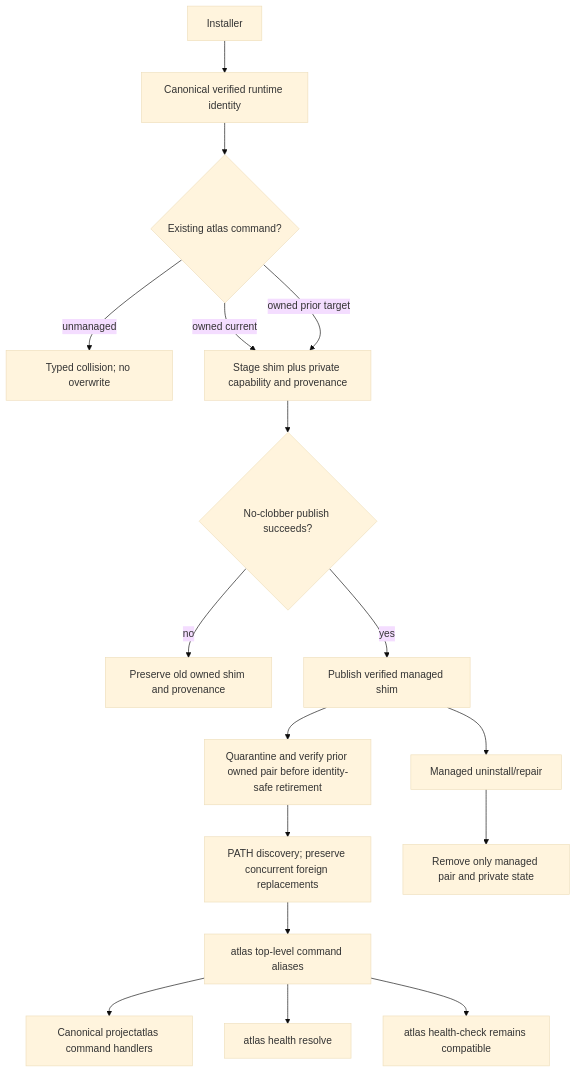
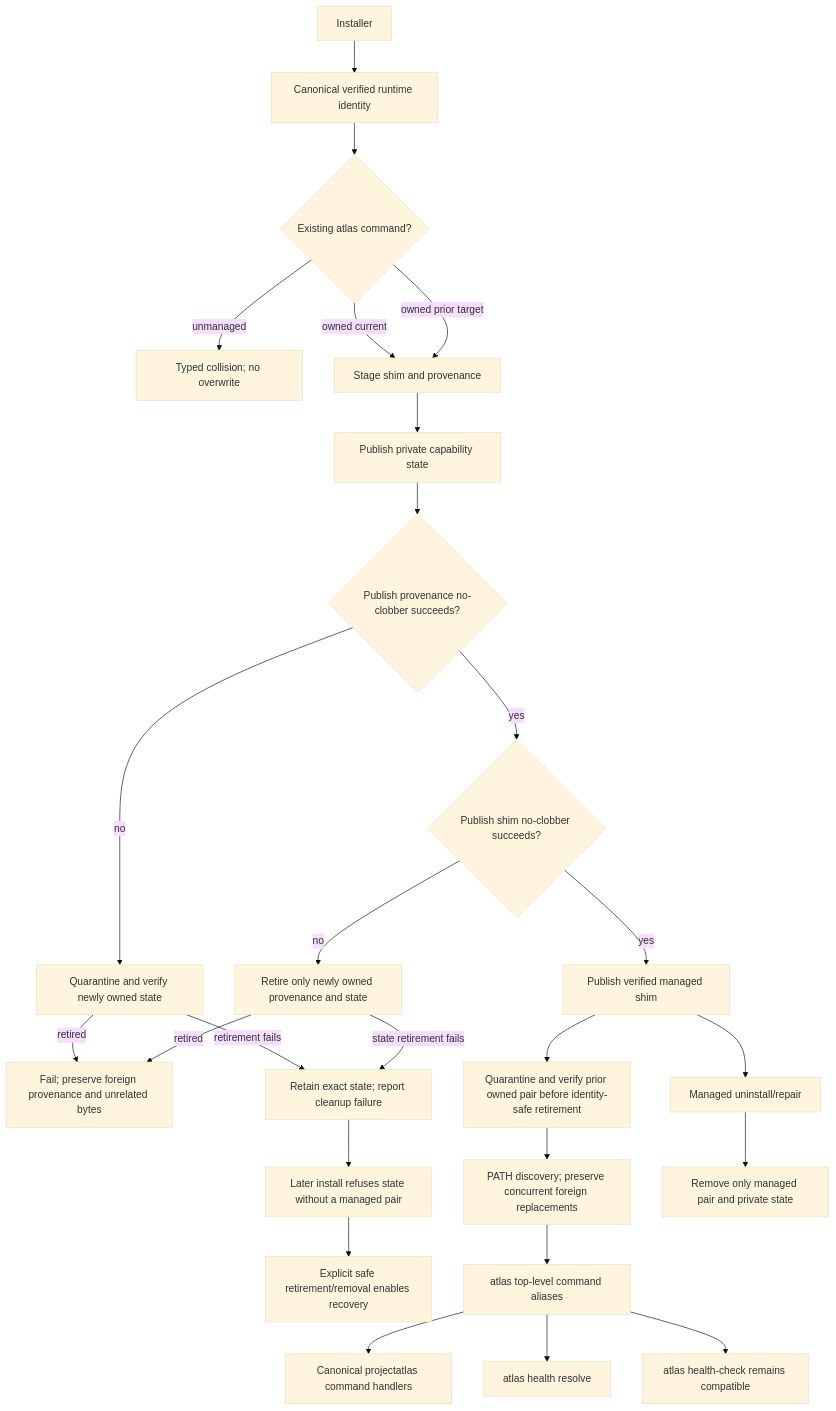
One commit to styler-ai/ProjectAtlas changed diagram 27 of 28 in docs/v050-release-architecture.md. Above: the diagram before and after it, drawn with Mermaid (base theme). The commit also changed 3 other files, not shown here.

Commit message:
fix(installer): align Windows forwarder cleanup semantics (#491)

````diff
--- a/docs/v050-release-architecture.md
+++ b/docs/v050-release-architecture.md
@@ -428,19 +428,28 @@
 ```mermaid
 flowchart TB
   installer[Installer] --> identity[Canonical verified runtime identity]
   identity --> collision{Existing atlas command?}
   collision -->|unmanaged| reject[Typed collision; no overwrite]
-  collision -->|owned current| stage[Stage shim plus private capability and provenance]
+  collision -->|owned current| stage[Stage shim and provenance]
   collision -->|owned prior target| stage
-  stage --> publish{No-clobber publish succeeds?}
-  publish -->|no| preserve[Preserve old owned shim and provenance]
-  publish -->|yes| shim[Publish verified managed shim]
+  stage --> state[Publish private capability state]
+  state --> provenance{Publish provenance no-clobber succeeds?}
+  provenance -->|no| state_cleanup[Quarantine and verify newly owned state]
+  state_cleanup -->|retired| reject_publication[Fail; preserve foreign provenance and unrelated bytes]
+  state_cleanup -->|retirement fails| retained[Retain exact state; report cleanup failure]
+  retained --> refuse[Later install refuses state without a managed pair]
+  refuse --> recover[Explicit safe retirement/removal enables recovery]
+  provenance -->|yes| forwarder{Publish shim no-clobber succeeds?}
+  forwarder -->|no| pair_cleanup[Retire only newly owned provenance and state]
+  pair_cleanup -->|retired| reject_publication
+  pair_cleanup -->|state retirement fails| retained
+  forwarder -->|yes| shim[Publish verified managed shim]
   shim --> migrate[Quarantine and verify prior owned pair before identity-safe retirement]
   migrate --> discover[PATH discovery; preserve concurrent foreign replacements]
   discover --> aliases[atlas top-level command aliases]
   aliases --> canonical[Canonical projectatlas command handlers]
   aliases --> resolve[atlas health resolve]
   aliases --> legacy[atlas health-check remains compatible]
   shim --> uninstall[Managed uninstall/repair]
   uninstall --> clean[Remove only managed pair and private state]
 ```
````
